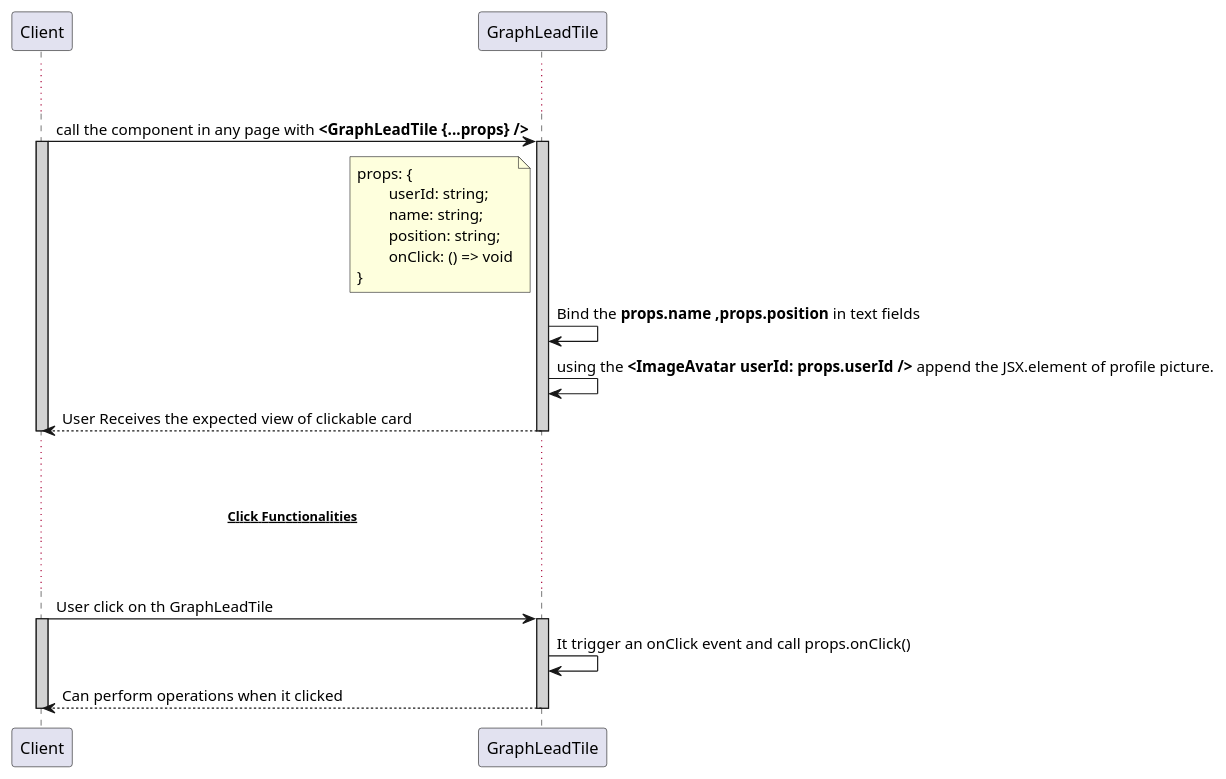
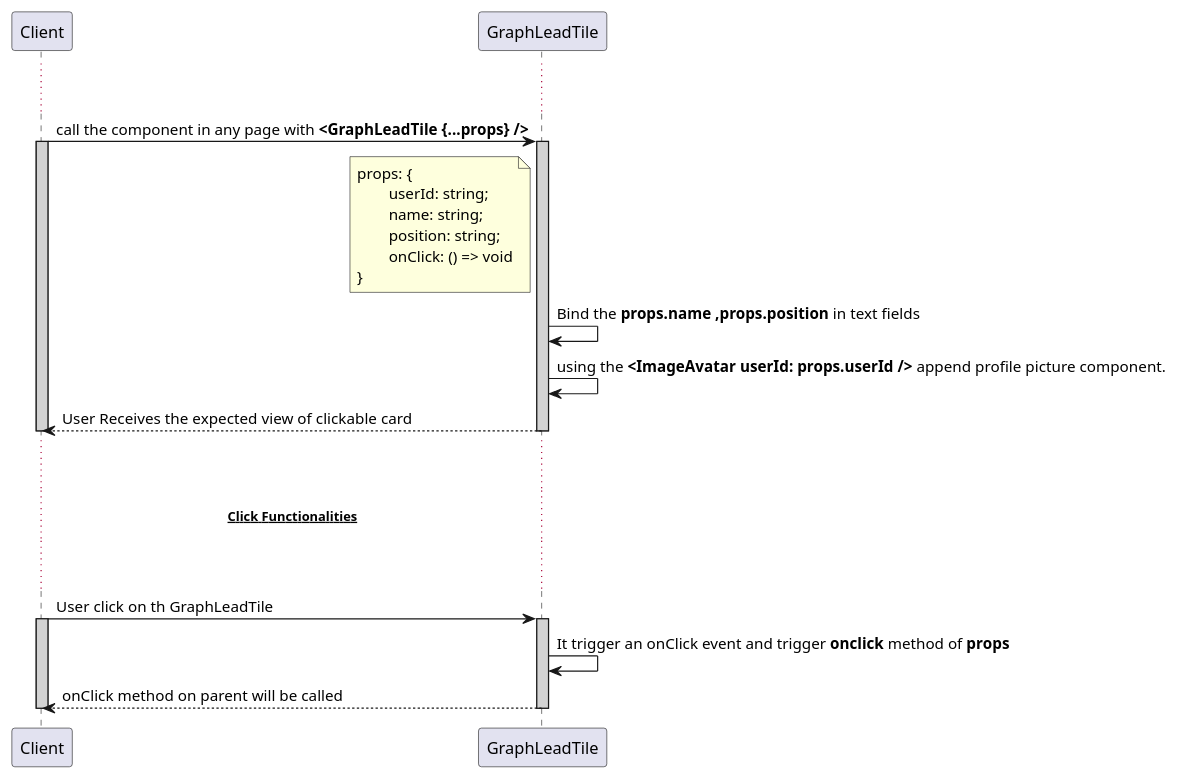
The diagram in frontend/components/graph_lead_tile/graph_lead_tile.sequence.puml (avasoft-mobility/workday-design), drawn with PlantUML before and after one commit.

Commit message:
Change the response of GraphLeadTile

```diff
--- a/frontend/components/graph_lead_tile/graph_lead_tile.sequence.puml
+++ b/frontend/components/graph_lead_tile/graph_lead_tile.sequence.puml
@@ -1,29 +1,29 @@
 @startuml GraphLeadTile
 
 participant Client 
 participant GraphLeadTile
 ... ...
 Client -> GraphLeadTile : call the component in any page with **<GraphLeadTile {...props} />**
 activate Client #D3D3D3
 activate GraphLeadTile #D3D3D3
     note left of GraphLeadTile : props: {\n\tuserId: string;\n\tname: string;\n\tposition: string;\n\tonClick: () => void\n}
     GraphLeadTile -> GraphLeadTile : Bind the **props.name ,props.position** in text fields
-    GraphLeadTile -> GraphLeadTile : using the **<ImageAvatar userId: props.userId />** append the JSX.element of profile picture.
+    GraphLeadTile -> GraphLeadTile : using the **<ImageAvatar userId: props.userId />** append profile picture component.
     Client <-- GraphLeadTile : User Receives the expected view of clickable card
 deactivate GraphLeadTile
 deactivate Client
 
 ... ...
 ...~~**Click Functionalities**~~...
 ... ...
 
 Client -> GraphLeadTile : User click on th GraphLeadTile
 activate Client #D3D3D3
 activate GraphLeadTile #D3D3D3
-    GraphLeadTile -> GraphLeadTile : It trigger an onClick event and call props.onClick()
-    Client <-- GraphLeadTile : Can perform operations when it clicked 
+    GraphLeadTile -> GraphLeadTile : It trigger an onClick event and trigger **onclick** method of **props**
+    Client <-- GraphLeadTile : onClick method on parent will be called 
 deactivate GraphLeadTile
 deactivate Client
 
 
 @enduml
```
